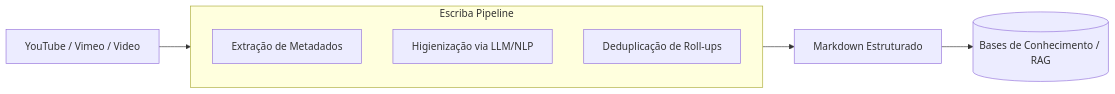
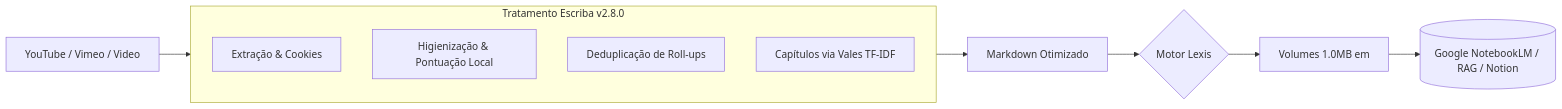
One commit to Jandir/escriba changed the diagram in README.md. Above: the diagram before and after it, drawn with Mermaid. The commit also changed other lines of this file and 22 other files, not shown here.

Commit message:
refactor e melhorias locais no escriba, lexis e scripts de reparo

````diff
--- a/README.md
+++ b/README.md
@@ -74,11 +92,14 @@
 ```mermaid
 graph LR
-    A[YouTube / Vimeo / Video] --> B{Processamento}
-    subgraph B [Escriba Pipeline]
-        B1[Extração de Metadados]
-        B2[Higienização via LLM/NLP]
+    A[YouTube / Vimeo / Video] --> B{Pipeline Escriba}
+    subgraph B [Tratamento Escriba v2.8.0]
+        B1[Extração & Cookies]
+        B2[Higienização & Pontuação Local]
         B3[Deduplicação de Roll-ups]
+        B4[Capítulos via Vales TF-IDF]
     end
-    B --> C[Markdown Estruturado]
-    C --> D[(Bases de Conhecimento / RAG)]
+    B --> C[Markdown Otimizado]
+    C --> D{Motor Lexis}
+    D --> E[Volumes 1.0MB em <article>]
+    E --> F[(Google NotebookLM / RAG / Notion)]
 ```
````
